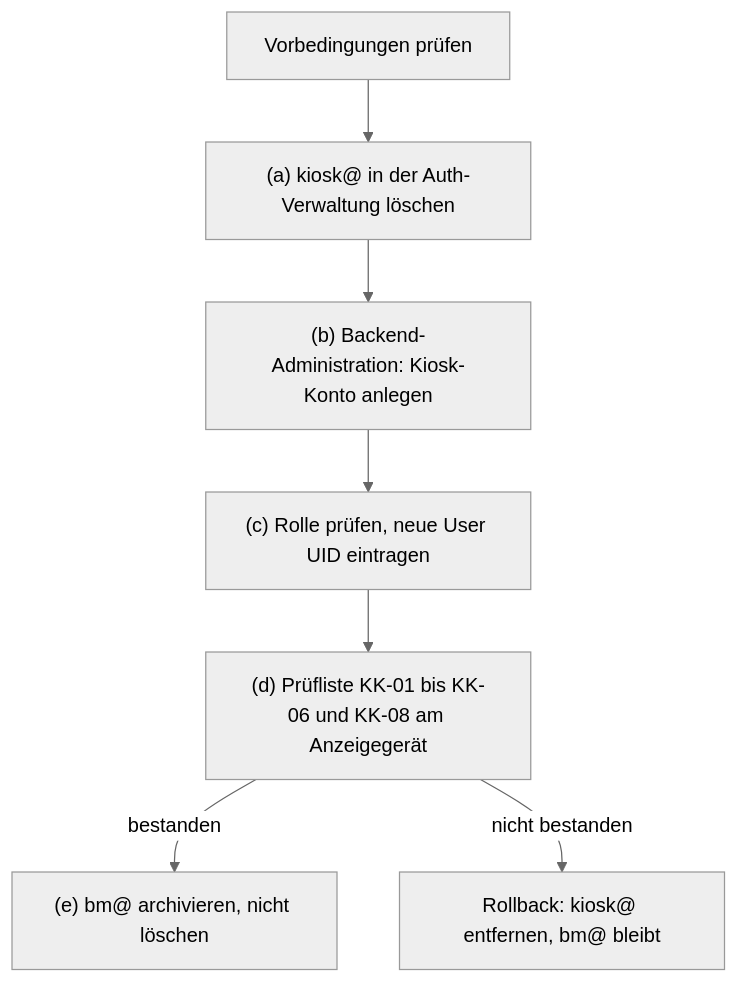
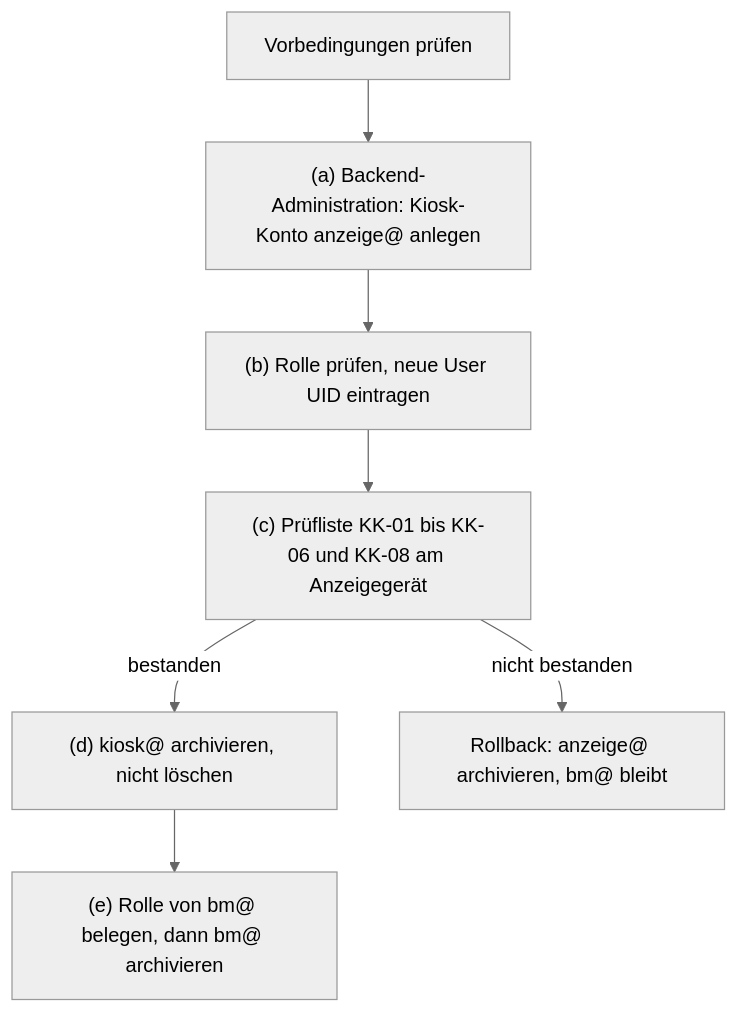
Before and after one commit to bmarnau/sysingdashboard: the diagram in docs/DATENAUFTRAG-KIOSK-KONTO.md, drawn with Mermaid (neutral theme). The commit also changed other lines of this file and 5 other files, not shown here.

Commit message:
docs: A16 und A17 (Datenauftrag Kiosk-Konto Weg B, EV-0006 Entwurf, Befunde)

````diff
--- a/docs/DATENAUFTRAG-KIOSK-KONTO.md
+++ b/docs/DATENAUFTRAG-KIOSK-KONTO.md
@@ -58,9 +58,9 @@
 ```mermaid
 flowchart TD
-  V[Vorbedingungen prüfen] --> A["(a) kiosk@ in der Auth-Verwaltung löschen"]
-  A --> B["(b) Backend-Administration: Kiosk-Konto anlegen"]
-  B --> C["(c) Rolle prüfen, neue User UID eintragen"]
-  C --> D["(d) Prüfliste KK-01 bis KK-06 und KK-08 am Anzeigegerät"]
-  D -- bestanden --> E["(e) bm@ archivieren, nicht löschen"]
-  D -- nicht bestanden --> R[Rollback: kiosk@ entfernen, bm@ bleibt]
+  V[Vorbedingungen prüfen] --> A["(a) Backend-Administration: Kiosk-Konto anzeige@ anlegen"]
+  A --> B["(b) Rolle prüfen, neue User UID eintragen"]
+  B --> C["(c) Prüfliste KK-01 bis KK-06 und KK-08 am Anzeigegerät"]
+  C -- bestanden --> D["(d) kiosk@ archivieren, nicht löschen"]
+  D --> E["(e) Rolle von bm@ belegen, dann bm@ archivieren"]
+  C -- nicht bestanden --> R[Rollback: anzeige@ archivieren, bm@ bleibt]
 ```
````
